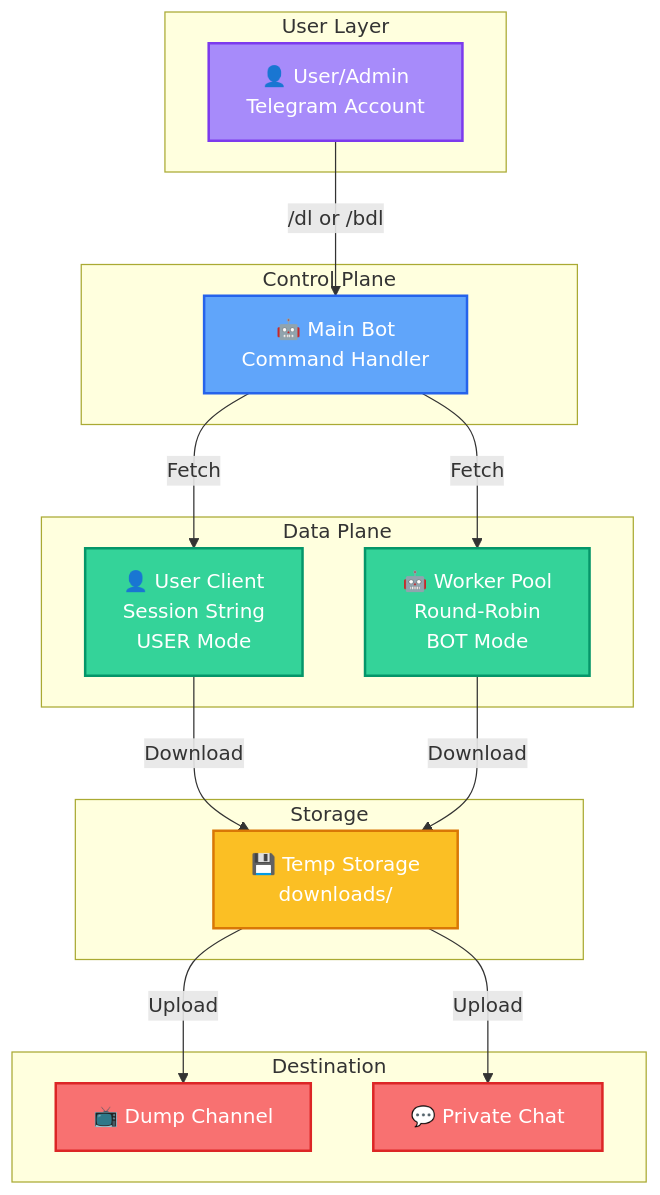
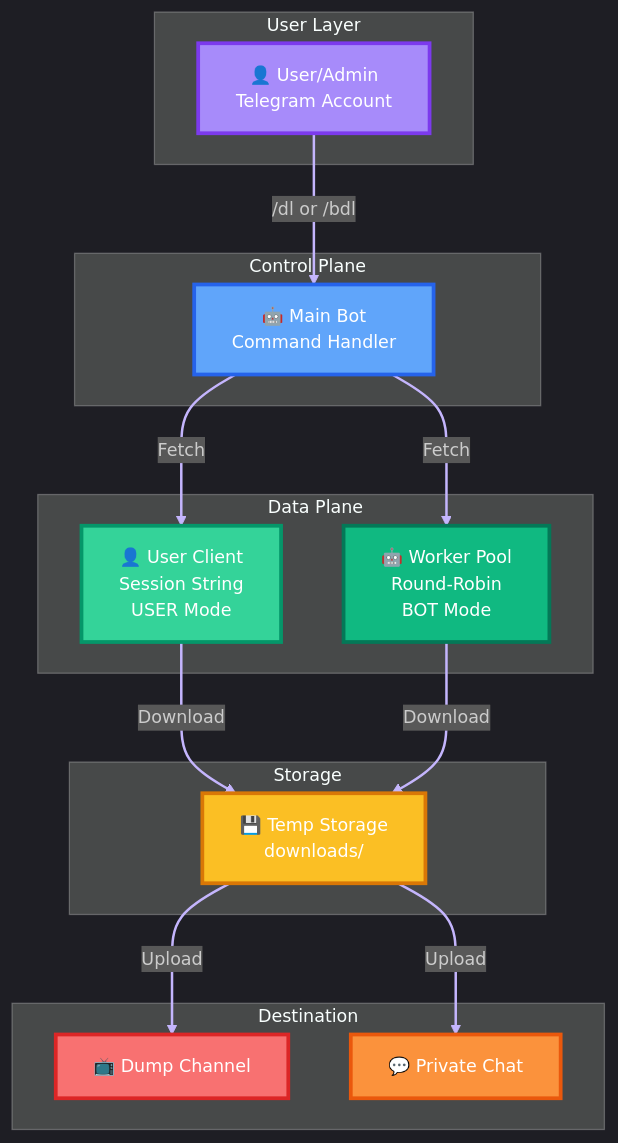
One commit to hxgzg6635jgd-art/TelegramRestrictionBypass changed the second of 4 diagrams in README.md. Above: the diagram before and after it, drawn with Mermaid. The commit also changed other lines of this file and 2 other files, not shown here.

````diff
--- a/README.md
+++ b/README.md
@@ -523,40 +582,43 @@
 ```mermaid
+%%{init: {'theme':'dark', 'themeVariables': { 'primaryColor':'#a78bfa','primaryTextColor':'#fff','primaryBorderColor':'#7c3aed','lineColor':'#c4b5fd','secondaryColor':'#8b5cf6','fontSize':'14px'}}}%%
 graph TB
     subgraph "User Layer"
         U[👤 User/Admin<br/>Telegram Account]
     end
 
     subgraph "Control Plane"
         MB[🤖 Main Bot<br/>Command Handler]
     end
 
     subgraph "Data Plane"
         UC[👤 User Client<br/>Session String<br/>USER Mode]
         WP[🤖 Worker Pool<br/>Round-Robin<br/>BOT Mode]
     end
 
     subgraph "Storage"
         TS[💾 Temp Storage<br/>downloads/]
     end
 
     subgraph "Destination"
         DC[📺 Dump Channel]
         PC[💬 Private Chat]
     end
 
     U -->|/dl or /bdl| MB
     MB -->|Fetch| UC
     MB -->|Fetch| WP
     UC -->|Download| TS
     WP -->|Download| TS
     TS -->|Upload| DC
     TS -->|Upload| PC
 
-    style U fill:#a78bfa,stroke:#7c3aed,stroke-width:2px,color:#fff
-    style MB fill:#60a5fa,stroke:#2563eb,stroke-width:2px,color:#fff
-    style UC fill:#34d399,stroke:#059669,stroke-width:2px,color:#fff
-    style WP fill:#34d399,stroke:#059669,stroke-width:2px,color:#fff
-    style TS fill:#fbbf24,stroke:#d97706,stroke-width:2px,color:#fff
-    style DC fill:#f87171,stroke:#dc2626,stroke-width:2px,color:#fff
-    style PC fill:#f87171,stroke:#dc2626,stroke-width:2px,color:#fff
+    style U fill:#a78bfa,stroke:#7c3aed,stroke-width:3px,color:#fff
+    style MB fill:#60a5fa,stroke:#2563eb,stroke-width:3px,color:#fff
+    style UC fill:#34d399,stroke:#059669,stroke-width:3px,color:#fff
+    style WP fill:#10b981,stroke:#047857,stroke-width:3px,color:#fff
+    style TS fill:#fbbf24,stroke:#d97706,stroke-width:3px,color:#fff
+    style DC fill:#f87171,stroke:#dc2626,stroke-width:3px,color:#fff
+    style PC fill:#fb923c,stroke:#ea580c,stroke-width:3px,color:#fff
+
+    linkStyle default stroke:#c4b5fd,stroke-width:2px
 ```
````
